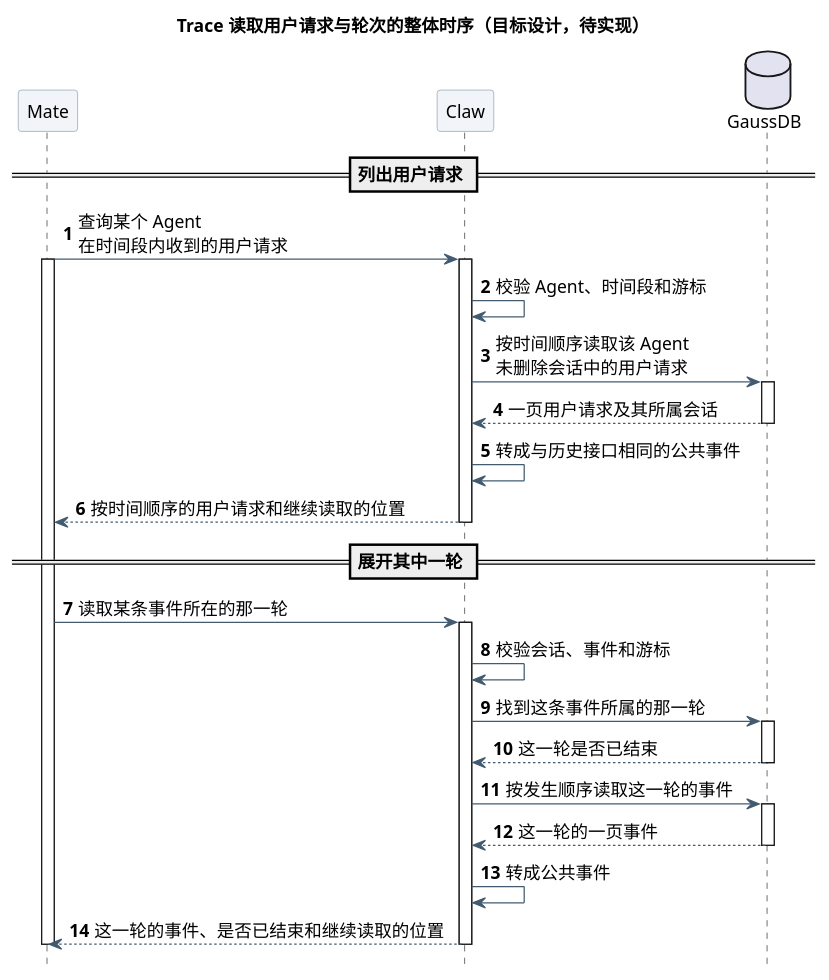
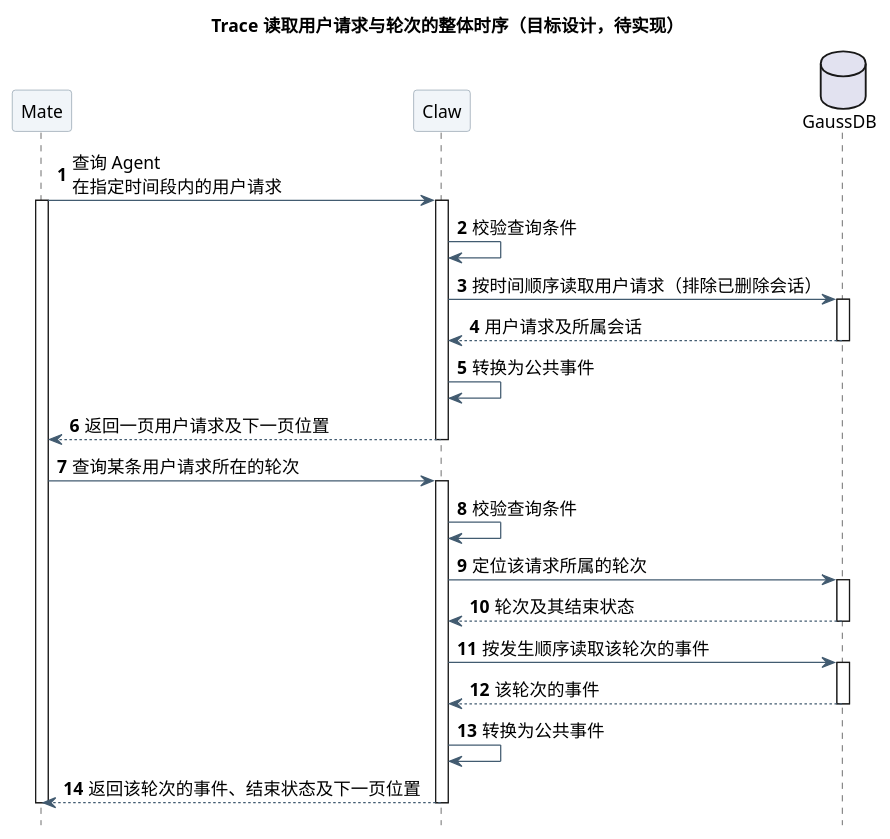
Before and after one commit to ssm0808/pi-mono-java-design: the first of 3 diagrams in 01-总体架构/01-CampusClaw多Agent运行时/设计图/Agent用户事件查询/diagram.puml, drawn with PlantUML. The commit also changed other lines of this file and 5 other files, not shown here.

First line of the commit message:
docs(runtime): 时序图去掉分段线并收紧措辞

```diff
--- a/01-总体架构/01-CampusClaw多Agent运行时/设计图/Agent用户事件查询/diagram.puml
+++ b/01-总体架构/01-CampusClaw多Agent运行时/设计图/Agent用户事件查询/diagram.puml
@@ -1,54 +1,52 @@
 @startuml agent_user_events_overview
 ' 源码证据：pi-mono-java main 769e86592285f4a25b0febaf551eddea6bc7212c
 ' modules/coding-agent-cli/src/main/java/com/campusclaw/codingagent/runtimeapi/
 ' web/RuntimeEventController.java:list
 ' event/CommittedEventQueryService.java:list,pageOf
 ' event/CommittedEventProjection.java:project
 ' persistence/MyBatisRuntimeExecutionControlRepository.java:linkCommittedEvent
 ' 已观察行为：事件只能按单个 Session 读取；轮次以根执行和结果段关联的形式存在。
 ' 设计原因：服务级视图，只画 Mate、Claw 与 GaussDB 之间的交互；Claw 内部分层见详细时序与类图。
 ' 待实现：两个读取接口和事件表 agent_id 索引。
 skinparam backgroundColor white
 skinparam defaultFontName SansSerif
 skinparam defaultFontSize 14
 skinparam shadowing false
 skinparam ArrowColor #425B70
 skinparam sequenceParticipantBackgroundColor #F1F5F9
 skinparam sequenceParticipantBorderColor #8496A4
 skinparam sequenceMessageAlign left
 skinparam maxMessageSize 190
 hide footbox
 autonumber
 title Trace 读取用户请求与轮次的整体时序（目标设计，待实现）
 participant "Mate" as Mate
 participant "Claw" as Claw
 database "GaussDB" as DB
-== 列出用户请求 ==
-Mate -> Claw : 查询某个 Agent 在时间段内收到的用户请求
+Mate -> Claw : 查询 Agent 在指定时间段内的用户请求
 activate Mate
 activate Claw
-Claw -> Claw : 校验 Agent、时间段和游标
-Claw -> DB : 按时间顺序读取该 Agent 未删除会话中的用户请求
+Claw -> Claw : 校验查询条件
+Claw -> DB : 按时间顺序读取用户请求（排除已删除会话）
 activate DB
-DB --> Claw : 一页用户请求及其所属会话
+DB --> Claw : 用户请求及所属会话
 deactivate DB
-Claw -> Claw : 转成与历史接口相同的公共事件
-Claw --> Mate : 按时间顺序的用户请求和继续读取的位置
+Claw -> Claw : 转换为公共事件
+Claw --> Mate : 返回一页用户请求及下一页位置
 deactivate Claw
-== 展开其中一轮 ==
-Mate -> Claw : 读取某条事件所在的那一轮
+Mate -> Claw : 查询某条用户请求所在的轮次
 activate Claw
-Claw -> Claw : 校验会话、事件和游标
-Claw -> DB : 找到这条事件所属的那一轮
+Claw -> Claw : 校验查询条件
+Claw -> DB : 定位该请求所属的轮次
 activate DB
-DB --> Claw : 这一轮是否已结束
+DB --> Claw : 轮次及其结束状态
 deactivate DB
-Claw -> DB : 按发生顺序读取这一轮的事件
+Claw -> DB : 按发生顺序读取该轮次的事件
 activate DB
-DB --> Claw : 这一轮的一页事件
+DB --> Claw : 该轮次的事件
 deactivate DB
-Claw -> Claw : 转成公共事件
-Claw --> Mate : 这一轮的事件、是否已结束和继续读取的位置
+Claw -> Claw : 转换为公共事件
+Claw --> Mate : 返回该轮次的事件、结束状态及下一页位置
 deactivate Claw
 deactivate Mate
 @enduml
```
